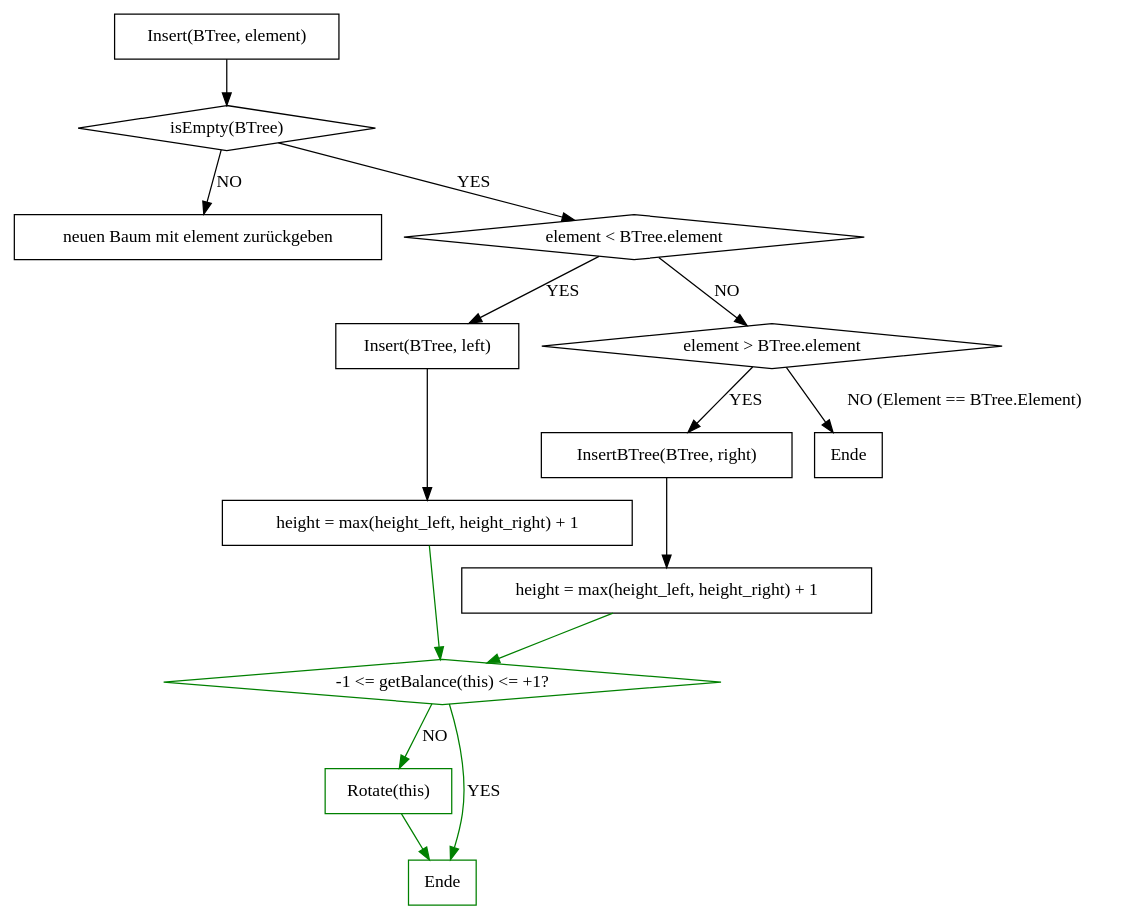
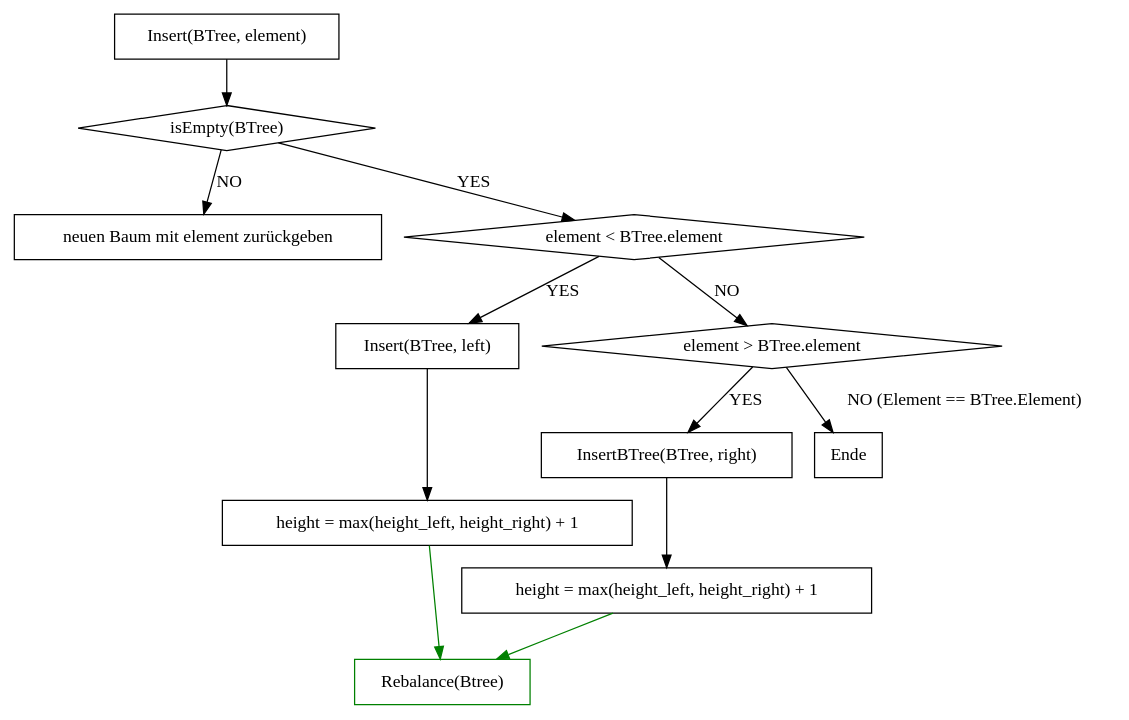
The diagram in doc/graphviz/insert.gv (hugoppp-uni/Hausarbeit-Algorithmen-und-Datenstrukturen), drawn with Graphviz before and after one commit. The commit also changed 1 other file, not shown here.

Commit message:
Graphviz: Add delete.gv, Update insert

```diff
--- a/doc/graphviz/insert.gv
+++ b/doc/graphviz/insert.gv
@@ -1,37 +1,32 @@
 digraph Q {
 
     node [shape = box];
     compound = true;
 
     a1 [label = "Insert(BTree, element)"]
     a1 -> a2
     a2 [label = "isEmpty(BTree)" shape = diamond]
     a2-> b2 [label = "NO"]
     b2 [label = "neuen Baum mit element zurückgeben"]
     a2 -> a3 [label = "YES"]
     a3 [label = "element < BTree.element" shape = diamond]
     a3 -> smaller [label = "YES"]
     a3 -> a4 [label = "NO"]
     a4 [label = "element > BTree.element" shape = diamond]
     a4 -> larger [label = "YES"]
     a4 -> "Ende" [label = "NO (Element == BTree.Element)"]
     smaller [label = "Insert(BTree, left)"]
     //smaller -> a1
     larger [label = "InsertBTree(BTree, right)"]
     //larger -> a1
 
-    checkBalance[ label= "-1 <= getBalance(this) <= +1?" shape = diamond color = green]
-    rotate [label = "Rotate(this)" color = green]
-    noRotate [label = "Ende" color = green]
+    checkBalance[ label= "Rebalance(Btree)" color = green]
 
     smaller -> checkReturnl2
     checkReturnl2 [label = "height = max(height_left, height_right) + 1"]
     checkReturnl2 -> checkBalance [color = green]
-    checkBalance -> rotate [label = "NO", color = green]
-    rotate -> noRotate [color = green]
-    checkBalance -> noRotate [label = "YES", color = green]
 
     larger -> checkReturn2
     checkReturn2 [label = "height = max(height_left, height_right) + 1"]
     checkReturn2 -> checkBalance [color = green]
 }
```
